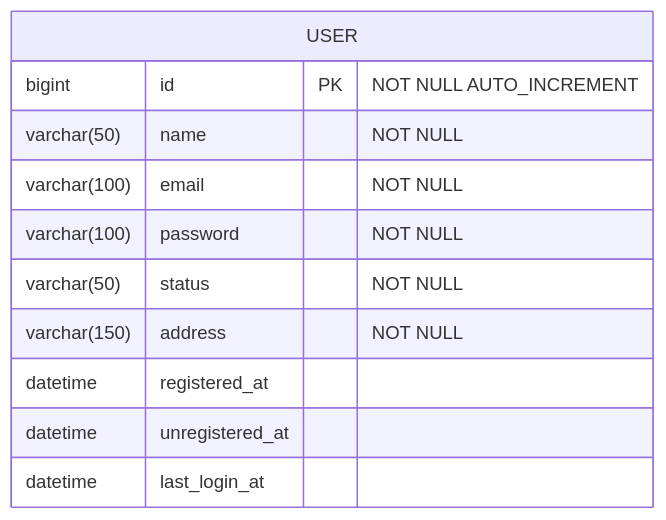
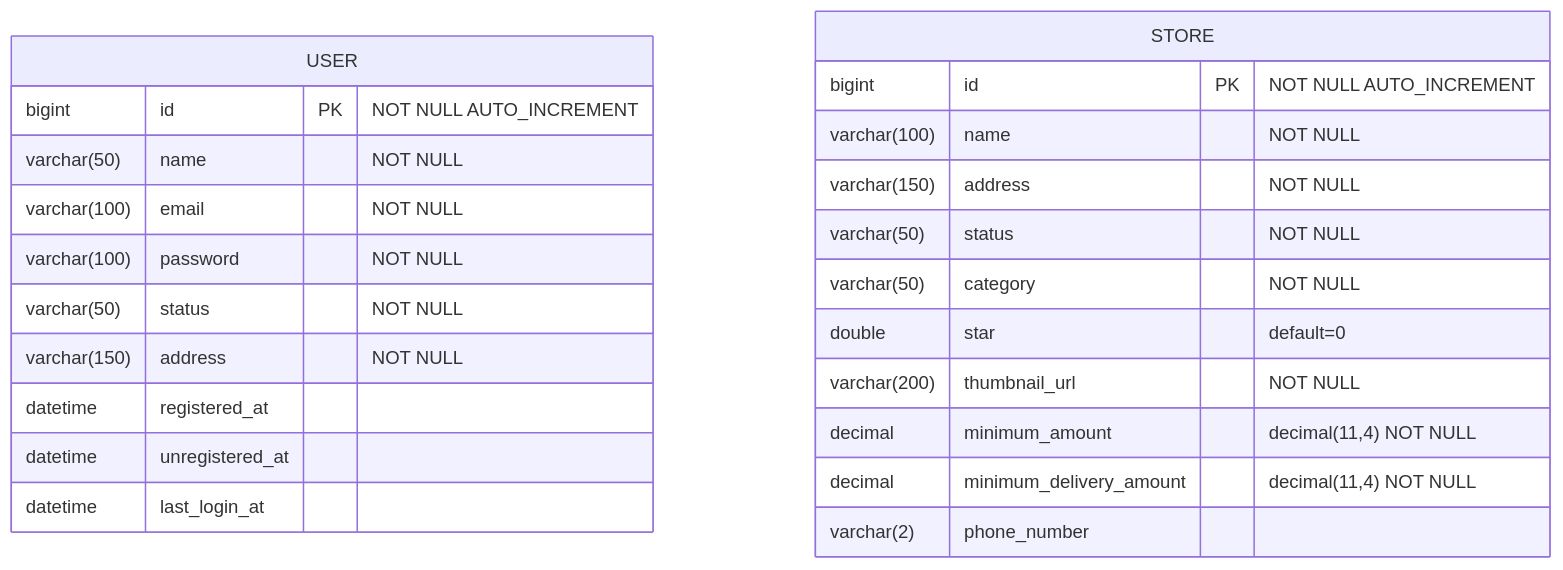
One commit to cdev2024/service changed the diagram in README.md. Above: the diagram before and after it, drawn with Mermaid. The commit also changed other lines of this file, not shown here.

````diff
--- a/README.md
+++ b/README.md
@@ -2,17 +2,30 @@
 ```mermaid
 ---
 delivery DB : ERD
 ---
 erDiagram
   USER{
     bigint id PK "NOT NULL AUTO_INCREMENT"
     varchar(50) name "NOT NULL"
     varchar(100) email "NOT NULL"
     varchar(100) password "NOT NULL"
     varchar(50) status "NOT NULL"
     varchar(150) address "NOT NULL"
     datetime registered_at
     datetime unregistered_at
     datetime last_login_at
   }
+
+  STORE{
+    bigint id PK "NOT NULL AUTO_INCREMENT"
+    varchar(100) name "NOT NULL"
+    varchar(150) address "NOT NULL"
+    varchar(50) status "NOT NULL"
+    varchar(50) category "NOT NULL"
+    double star "default=0"
+    varchar(200) thumbnail_url "NOT NULL"
+    decimal minimum_amount "decimal(11,4) NOT NULL"
+    decimal minimum_delivery_amount "decimal(11,4) NOT NULL"
+    varchar(2) phone_number
+  }
 ```
````
